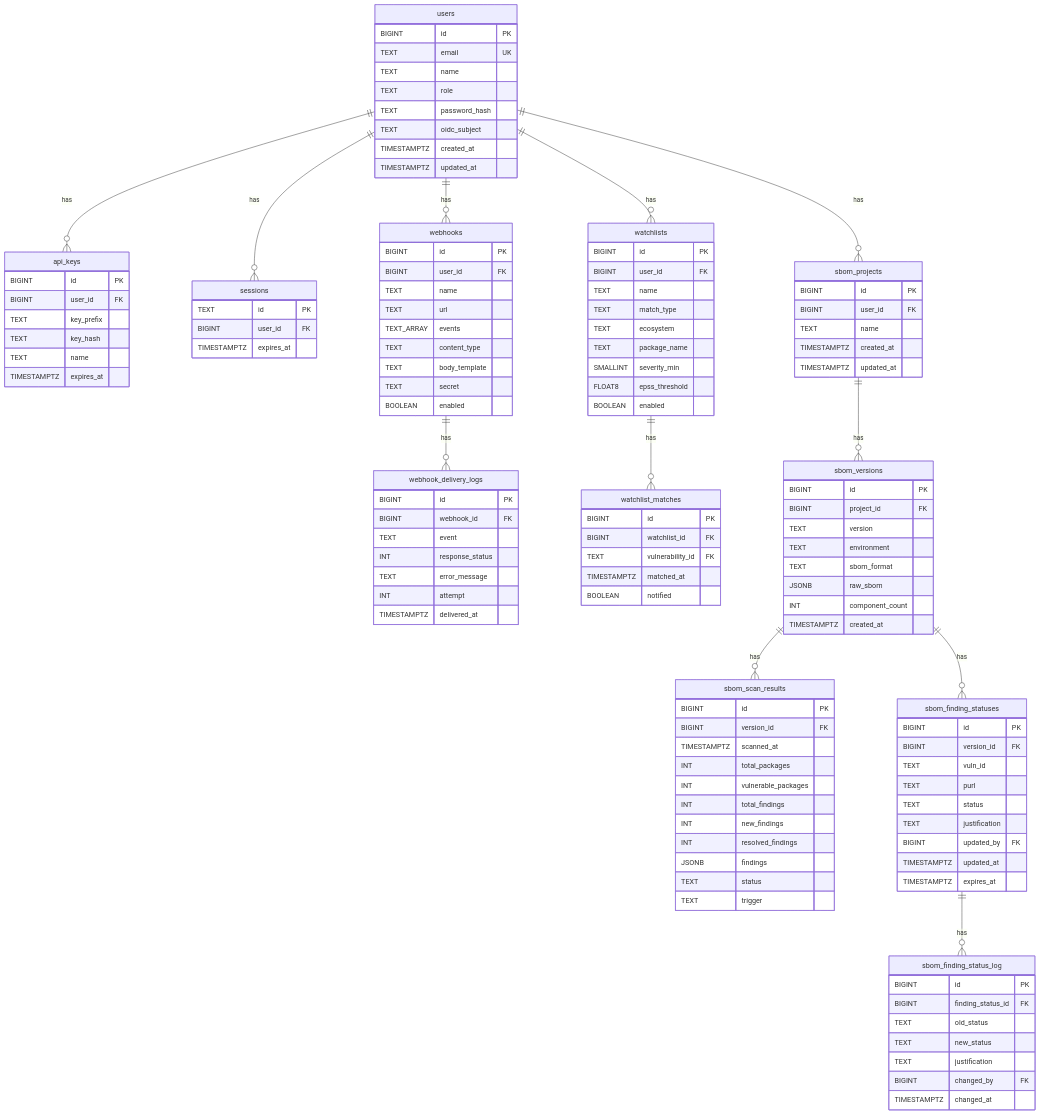
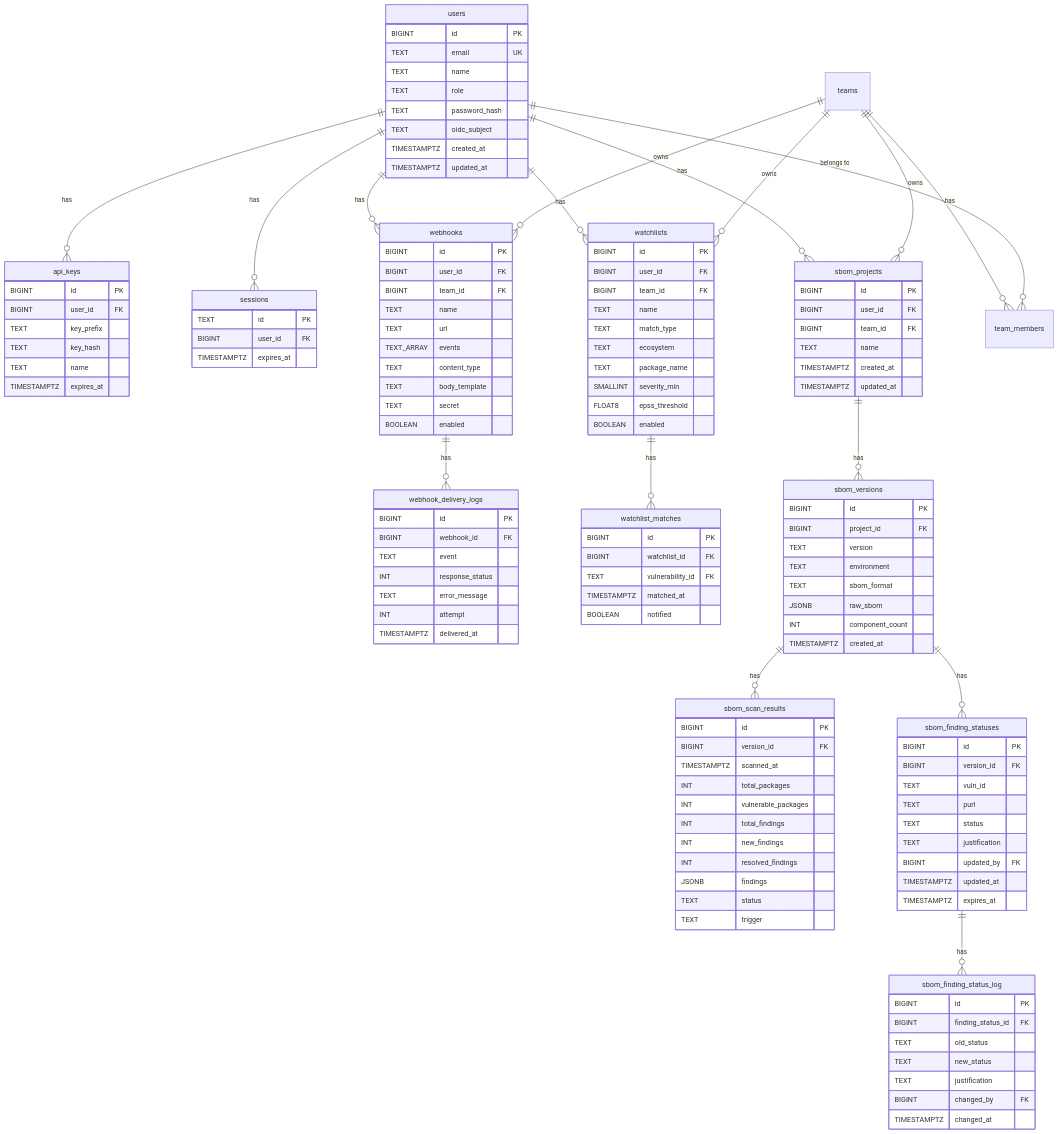
Before and after one commit to kato83/mayu: the eighth of 9 diagrams in .kiro/steering/erd.md, drawn with Mermaid. The commit also changed other lines of this file and 39 other files, not shown here.

First line of the commit message:
feat: team/group model with scoped SBOM, watchlists, webhooks, and dashboard (#64-#68)

```diff
--- a/.kiro/steering/erd.md
+++ b/.kiro/steering/erd.md
@@ -1088,6 +1111,7 @@
     webhooks {
         BIGINT id PK
         BIGINT user_id FK
+        BIGINT team_id FK
         TEXT name
         TEXT url
         TEXT_ARRAY events
@@ -1110,6 +1134,7 @@
     watchlists {
         BIGINT id PK
         BIGINT user_id FK
+        BIGINT team_id FK
         TEXT name
         TEXT match_type
         TEXT ecosystem
@@ -1130,6 +1155,7 @@
     sbom_projects {
         BIGINT id PK
         BIGINT user_id FK
+        BIGINT team_id FK
         TEXT name
         TIMESTAMPTZ created_at
         TIMESTAMPTZ updated_at
@@ -1184,6 +1210,11 @@
 
     users ||--o{ api_keys : "has"
     users ||--o{ sessions : "has"
+    users ||--o{ team_members : "belongs to"
+    teams ||--o{ team_members : "has"
+    teams ||--o{ sbom_projects : "owns"
+    teams ||--o{ watchlists : "owns"
+    teams ||--o{ webhooks : "owns"
     users ||--o{ webhooks : "has"
     users ||--o{ watchlists : "has"
     users ||--o{ sbom_projects : "has"
```
